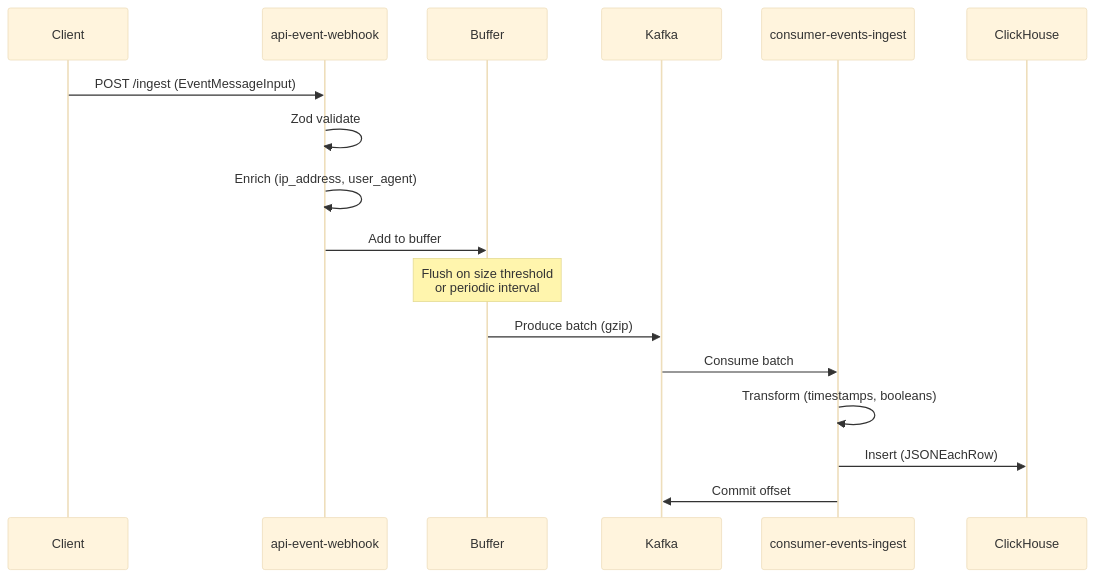
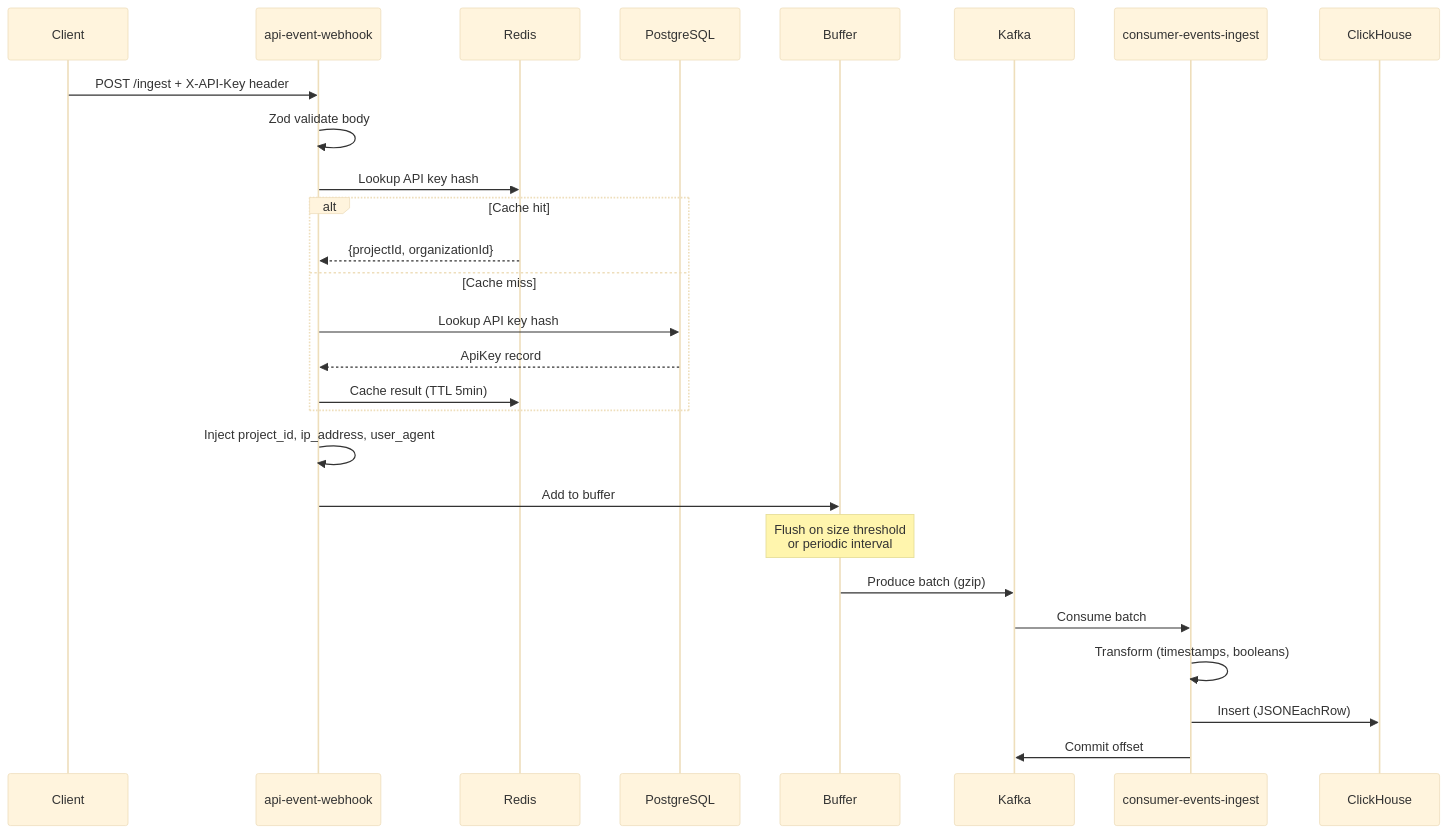
One commit to MateusRoscoe/quantyx changed the second of 5 diagrams in OVERVIEW.md. Above: the diagram before and after it, drawn with Mermaid (base theme). The commit also changed other lines of this file and 41 other files, not shown here.

First line of the commit message:
feat: rename tenant_id to project_id and add API key authentication

````diff
--- a/OVERVIEW.md
+++ b/OVERVIEW.md
@@ -72,20 +81,30 @@
 ```mermaid
 sequenceDiagram
     participant C as Client
     participant EW as api-event-webhook
+    participant RD as Redis
+    participant PG as PostgreSQL
     participant B as Buffer
     participant K as Kafka
     participant CE as consumer-events-ingest
     participant CH as ClickHouse
 
-    C->>EW: POST /ingest (EventMessageInput)
-    EW->>EW: Zod validate
-    EW->>EW: Enrich (ip_address, user_agent)
+    C->>EW: POST /ingest + X-API-Key header
+    EW->>EW: Zod validate body
+    EW->>RD: Lookup API key hash
+    alt Cache hit
+        RD-->>EW: {projectId, organizationId}
+    else Cache miss
+        EW->>PG: Lookup API key hash
+        PG-->>EW: ApiKey record
+        EW->>RD: Cache result (TTL 5min)
+    end
+    EW->>EW: Inject project_id, ip_address, user_agent
     EW->>B: Add to buffer
     Note over B: Flush on size threshold<br/>or periodic interval
     B->>K: Produce batch (gzip)
     K->>CE: Consume batch
     CE->>CE: Transform (timestamps, booleans)
     CE->>CH: Insert (JSONEachRow)
     CE->>K: Commit offset
 ```
````
